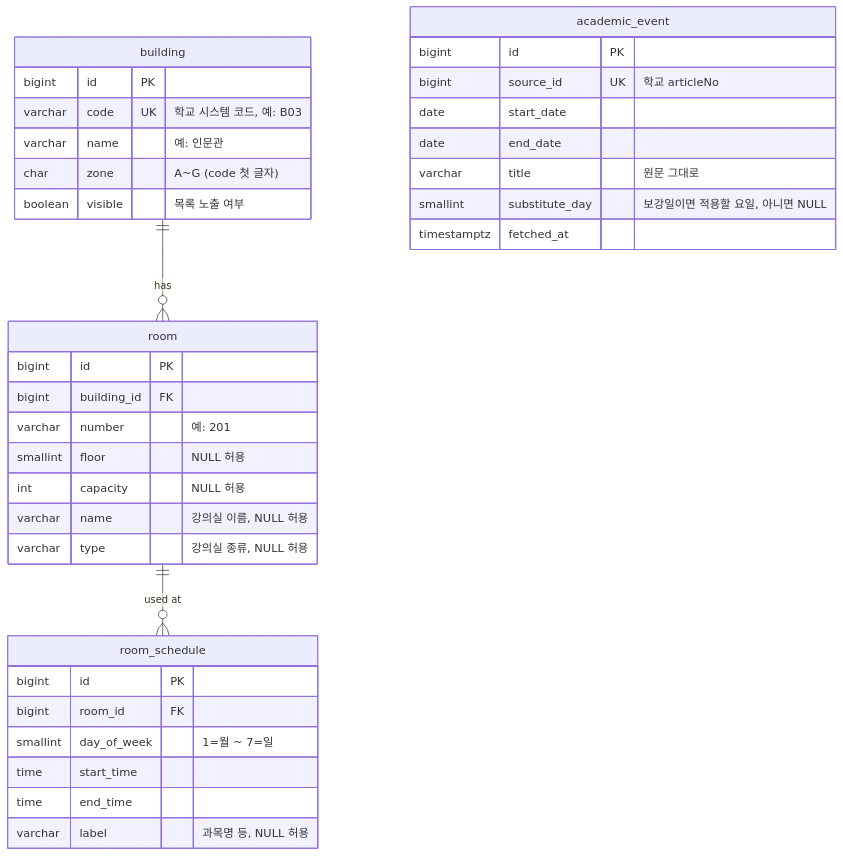
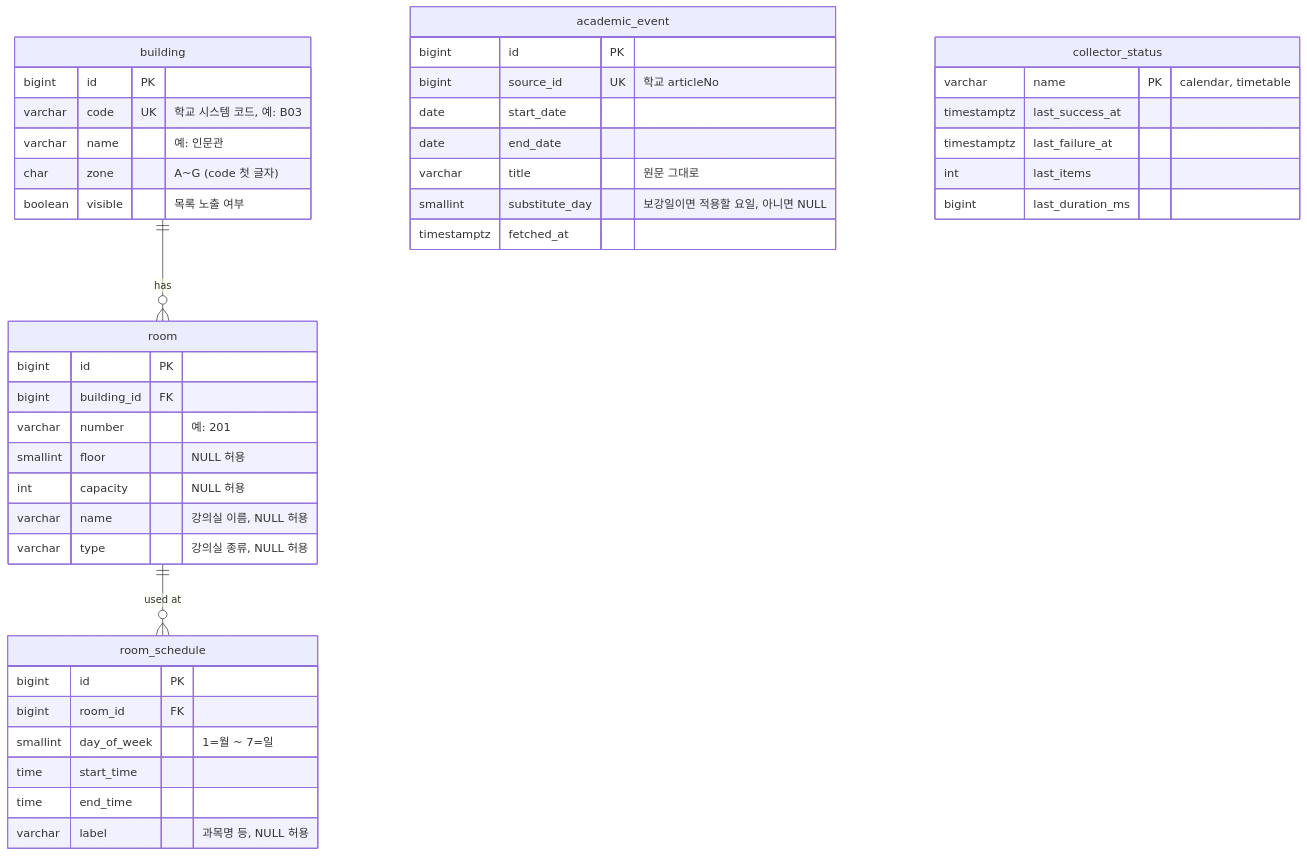
The diagram in docs/erd.md (eastminnn/bingang), drawn with Mermaid before and after one commit. The commit also changed other lines of this file and 10 other files, not shown here.

````diff
--- a/docs/erd.md
+++ b/docs/erd.md
@@ -5,39 +5,46 @@
 ```mermaid
 erDiagram
     building ||--o{ room : has
     room ||--o{ room_schedule : "used at"
 
     building {
         bigint id PK
         varchar code UK "학교 시스템 코드, 예: B03"
         varchar name "예: 인문관"
         char zone "A~G (code 첫 글자)"
         boolean visible "목록 노출 여부"
     }
     room {
         bigint id PK
         bigint building_id FK
         varchar number "예: 201"
         smallint floor "NULL 허용"
         int capacity "NULL 허용"
         varchar name "강의실 이름, NULL 허용"
         varchar type "강의실 종류, NULL 허용"
     }
     room_schedule {
         bigint id PK
         bigint room_id FK
         smallint day_of_week "1=월 ~ 7=일"
         time start_time
         time end_time
         varchar label "과목명 등, NULL 허용"
     }
     academic_event {
         bigint id PK
         bigint source_id UK "학교 articleNo"
         date start_date
         date end_date
         varchar title "원문 그대로"
         smallint substitute_day "보강일이면 적용할 요일, 아니면 NULL"
         timestamptz fetched_at
     }
+    collector_status {
+        varchar name PK "calendar, timetable"
+        timestamptz last_success_at
+        timestamptz last_failure_at
+        int last_items
+        bigint last_duration_ms
+    }
 ```
````
